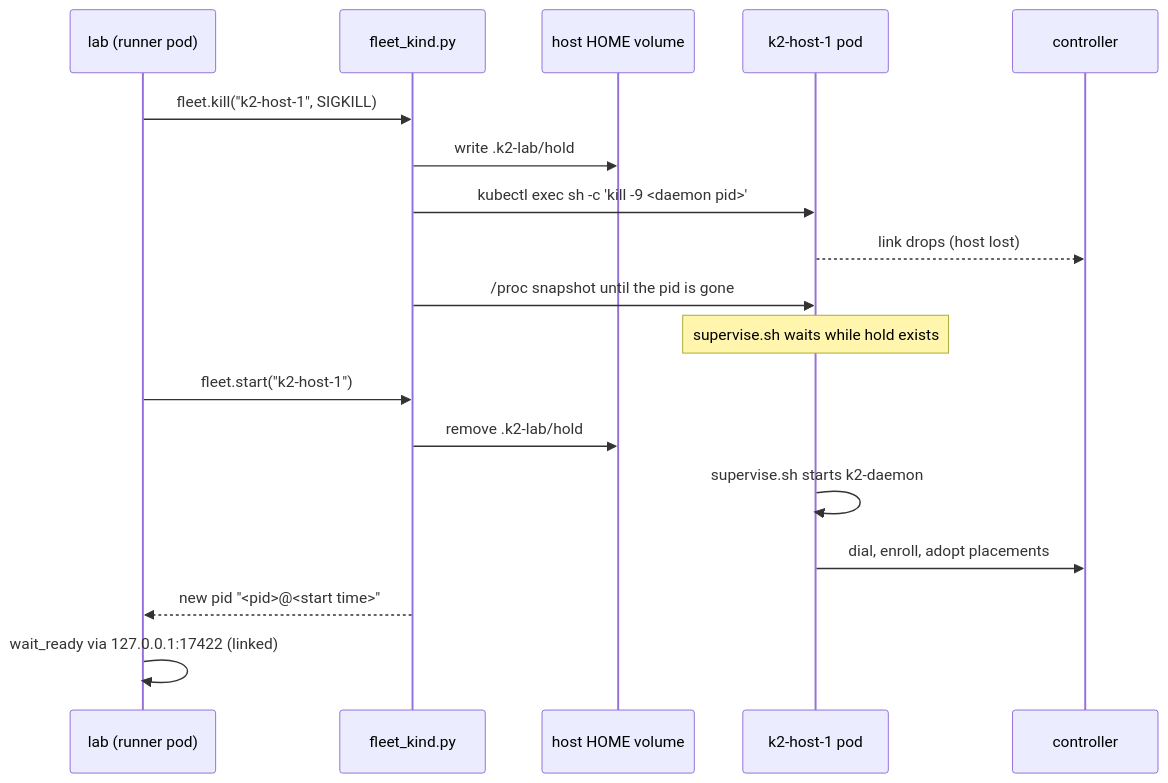
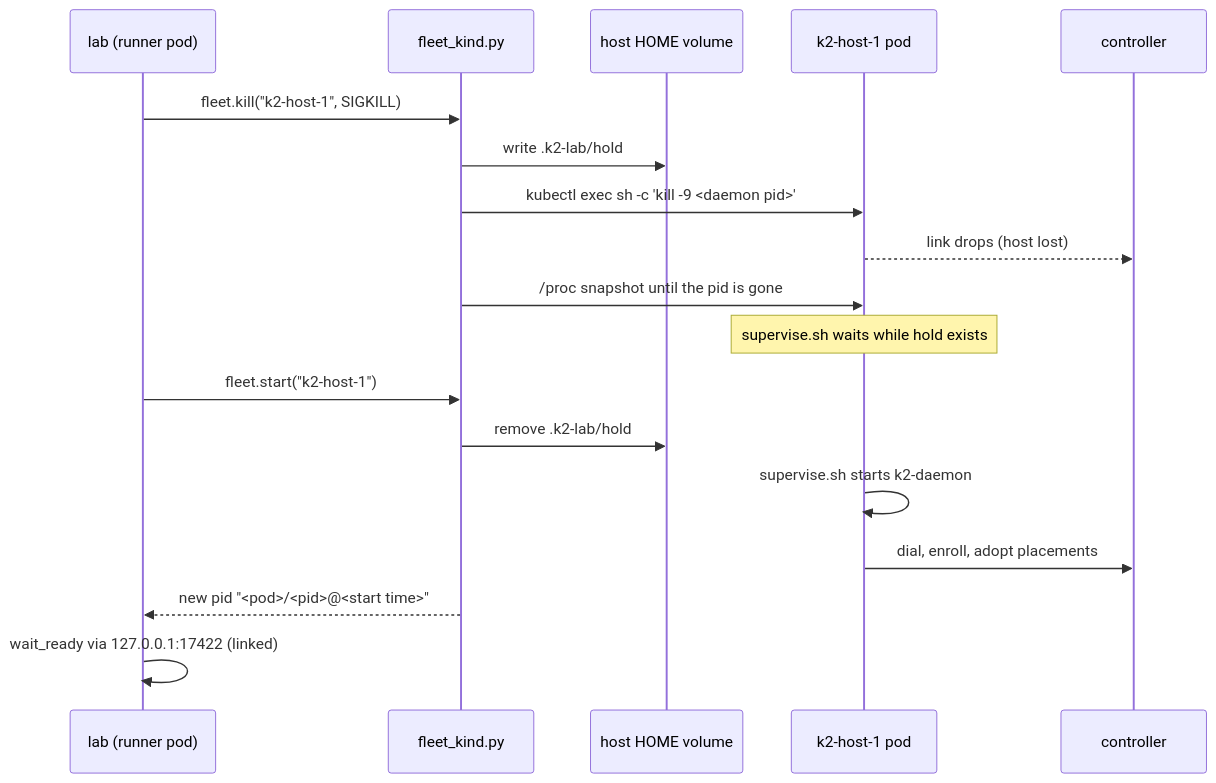
Before and after one commit to mlops-club/K2: the second of 2 diagrams in docs/prd/progress/kind-fleet.md, drawn with Mermaid. The commit also changed 1 other file, not shown here.

Commit message:
fix(k2-dist/kind): the fleet backend's daemon id includes the pod (two pods started on one tick had the same pid@start)

````diff
--- a/docs/prd/progress/kind-fleet.md
+++ b/docs/prd/progress/kind-fleet.md
@@ -46,21 +46,21 @@
 ```mermaid
 sequenceDiagram
     %% A chaos or scenario kill of a host, as the kind backend does it
     participant L as lab (runner pod)
     participant K as fleet_kind.py
     participant V as host HOME volume
     participant P as k2-host-1 pod
     participant C as controller
     L->>K: fleet.kill("k2-host-1", SIGKILL)
     K->>V: write .k2-lab/hold
     K->>P: kubectl exec sh -c 'kill -9 <daemon pid>'
     P-->>C: link drops (host lost)
     K->>P: /proc snapshot until the pid is gone
     Note over P: supervise.sh waits while hold exists
     L->>K: fleet.start("k2-host-1")
     K->>V: remove .k2-lab/hold
     P->>P: supervise.sh starts k2-daemon
     P->>C: dial, enroll, adopt placements
-    K-->>L: new pid "<pid>@<start time>"
+    K-->>L: new pid "<pod>/<pid>@<start time>"
     L->>L: wait_ready via 127.0.0.1:17422 (linked)
 ```
````
